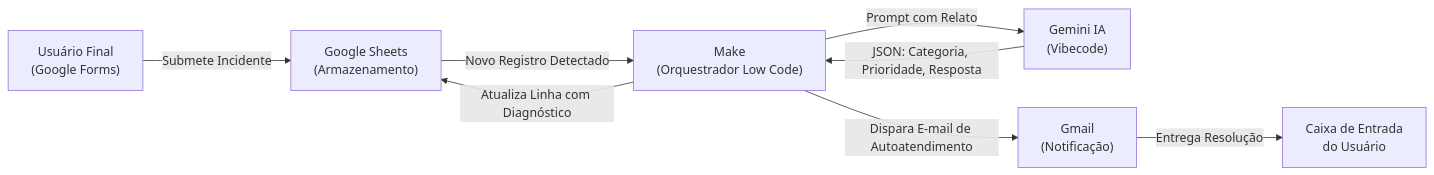
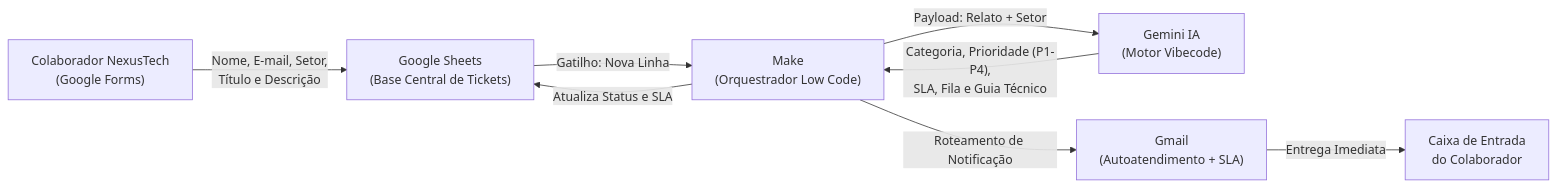
The diagram in README.md (sztsu/helpdesk-ai), drawn with Mermaid before and after one commit. The commit also changed other lines of this file and 1 other file, not shown here.

Commit message:
feat: adicionar cenario corporativo NexusTech S.A. e matriz de criticidade por setor

````diff
--- a/README.md
+++ b/README.md
@@ -54,10 +72,10 @@
 ```mermaid
 flowchart LR
-    A["Usuário Final\n(Google Forms)"] -->|"Submete Incidente"| B["Google Sheets\n(Armazenamento)"]
-    B -->|"Novo Registro Detectado"| C["Make\n(Orquestrador Low Code)"]
-    C -->|"Prompt com Relato"| D["Gemini IA\n(Vibecode)"]
-    D -->|"JSON: Categoria, Prioridade, Resposta"| C
-    C -->|"Atualiza Linha com Diagnóstico"| B
-    C -->|"Dispara E-mail de Autoatendimento"| E["Gmail\n(Notificação)"]
-    E -->|"Entrega Resolução"| F["Caixa de Entrada\ndo Usuário"]
+    A["Colaborador NexusTech\n(Google Forms)"] -->|"Nome, E-mail, Setor,\nTítulo e Descrição"| B["Google Sheets\n(Base Central de Tickets)"]
+    B -->|"Gatilho: Nova Linha"| C["Make\n(Orquestrador Low Code)"]
+    C -->|"Payload: Relato + Setor"| D["Gemini IA\n(Motor Vibecode)"]
+    D -->|"Categoria, Prioridade (P1-P4),\nSLA, Fila e Guia Técnico"| C
+    C -->|"Atualiza Status e SLA"| B
+    C -->|"Roteamento de Notificação"| E["Gmail\n(Autoatendimento + SLA)"]
+    E -->|"Entrega Imediata"| F["Caixa de Entrada\ndo Colaborador"]
 ```
````
